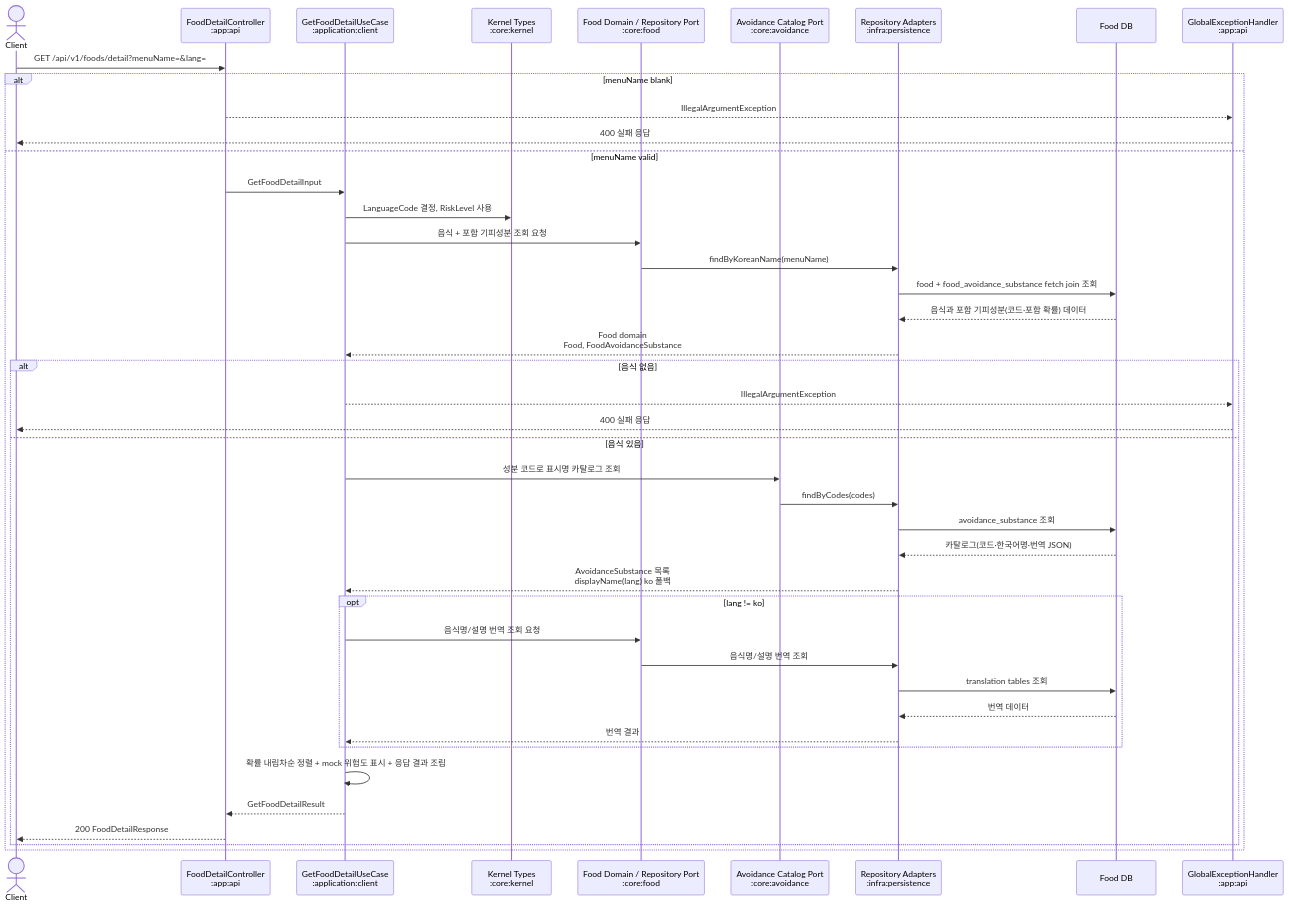
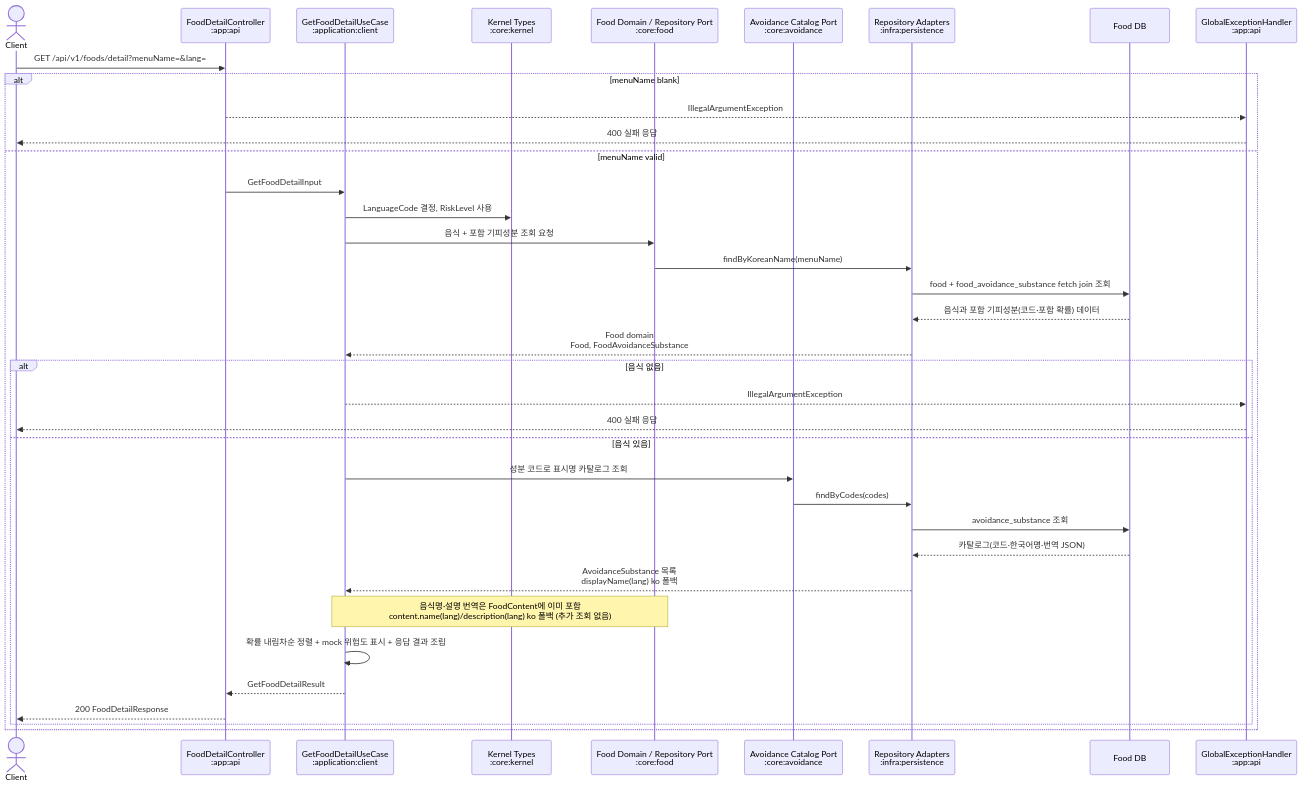
One commit to team-skyjs/kbap-server changed the second of 3 diagrams in docs/architecture/api-request-flows.md. Above: the diagram before and after it, drawn with Mermaid. The commit also changed other lines of this file and 11 other files, not shown here.

````diff
--- a/docs/architecture/api-request-flows.md
+++ b/docs/architecture/api-request-flows.md
@@ -52,46 +52,40 @@
 ```mermaid
 sequenceDiagram
     actor Client
     participant Controller as FoodDetailController<br/>:app:api
     participant UseCase as GetFoodDetailUseCase<br/>:application:client
     participant Kernel as Kernel Types<br/>:core:kernel
     participant FoodCore as Food Domain / Repository Port<br/>:core:food
     participant AvoidanceCore as Avoidance Catalog Port<br/>:core:avoidance
     participant Persistence as Repository Adapters<br/>:infra:persistence
     participant DB as Food DB
     participant Error as GlobalExceptionHandler<br/>:app:api
 
     Client->>Controller: GET /api/v1/foods/detail?menuName=&lang=
     alt menuName blank
         Controller-->>Error: IllegalArgumentException
         Error-->>Client: 400 실패 응답
     else menuName valid
         Controller->>UseCase: GetFoodDetailInput
         UseCase->>Kernel: LanguageCode 결정, RiskLevel 사용
         UseCase->>FoodCore: 음식 + 포함 기피성분 조회 요청
         FoodCore->>Persistence: findByKoreanName(menuName)
         Persistence->>DB: food + food_avoidance_substance fetch join 조회
         DB-->>Persistence: 음식과 포함 기피성분(코드·포함 확률) 데이터
         Persistence-->>UseCase: Food domain<br/>Food, FoodAvoidanceSubstance
         alt 음식 없음
             UseCase-->>Error: IllegalArgumentException
             Error-->>Client: 400 실패 응답
         else 음식 있음
             UseCase->>AvoidanceCore: 성분 코드로 표시명 카탈로그 조회
             AvoidanceCore->>Persistence: findByCodes(codes)
             Persistence->>DB: avoidance_substance 조회
             DB-->>Persistence: 카탈로그(코드·한국어명·번역 JSON)
             Persistence-->>UseCase: AvoidanceSubstance 목록<br/>displayName(lang) ko 폴백
-            opt lang != ko
-                UseCase->>FoodCore: 음식명/설명 번역 조회 요청
-                FoodCore->>Persistence: 음식명/설명 번역 조회
-                Persistence->>DB: translation tables 조회
-                DB-->>Persistence: 번역 데이터
-                Persistence-->>UseCase: 번역 결과
-            end
+            Note over UseCase,FoodCore: 음식명·설명 번역은 FoodContent에 이미 포함<br/>content.name(lang)/description(lang) ko 폴백 (추가 조회 없음)
             UseCase->>UseCase: 확률 내림차순 정렬 + mock 위험도 표시 + 응답 결과 조립
             UseCase-->>Controller: GetFoodDetailResult
             Controller-->>Client: 200 FoodDetailResponse
         end
     end
 ```
````
